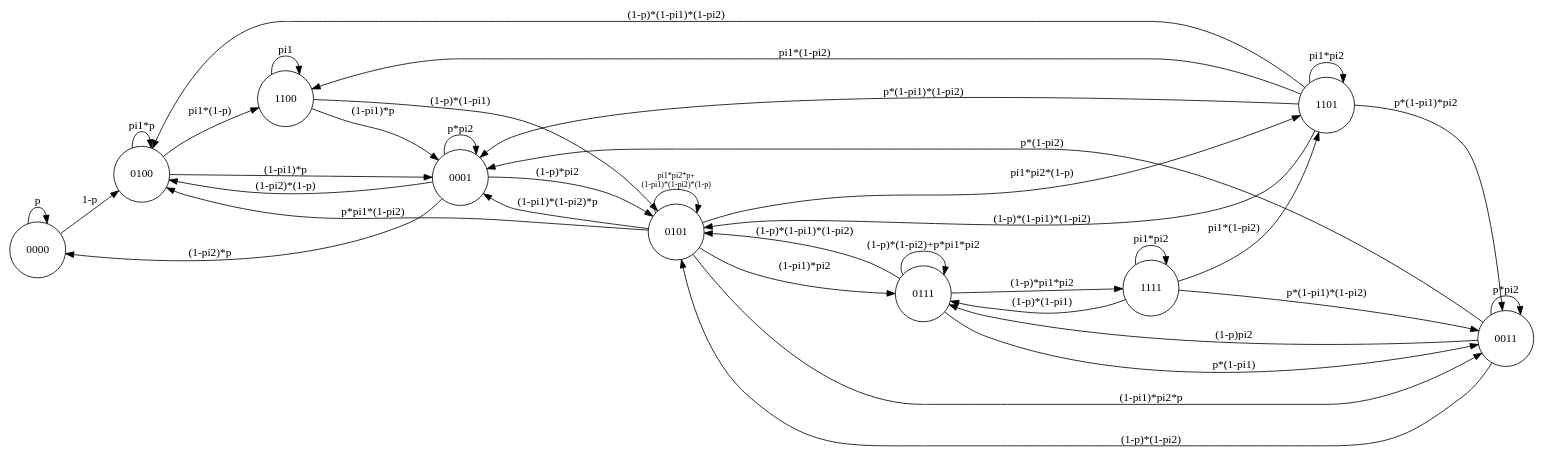
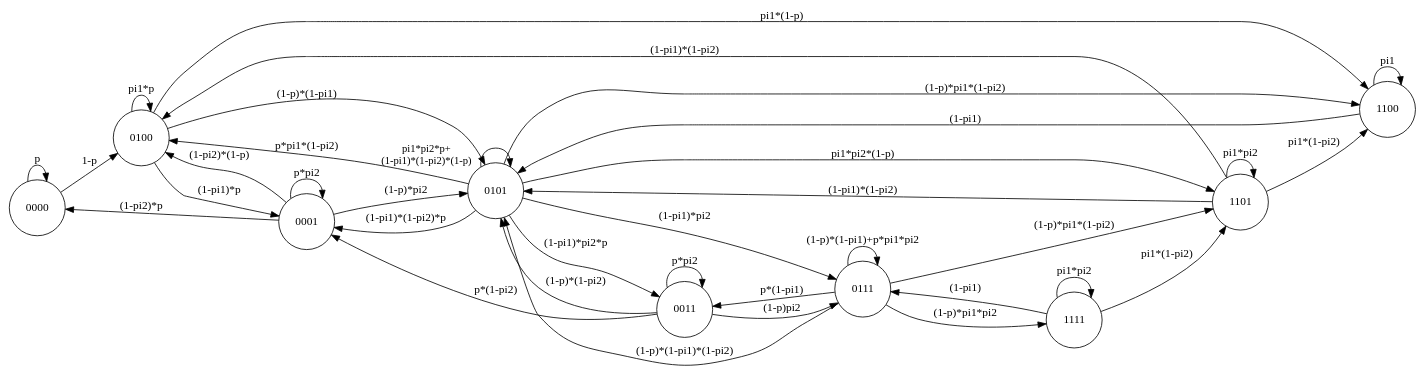
The diagram in doc/states.gv (ishimko/discrete-queuing-system), drawn with Graphviz before and after one commit.

```diff
--- a/doc/states.gv
+++ b/doc/states.gv
@@ -1,49 +1,48 @@
 digraph finite_state_machine {
 	rankdir=LR;
 	node [shape = circle];
-	"0000" -> "0000" [ label = "p" ];
-	"0000" -> "0100" [ label = "1-p" ];
-
-	"0100" -> "0100" [ label = "pi1*p" ];
-	"0100" -> "1100" [ label = "pi1*(1-p)"];
-	"0100" -> "0001" [label = "(1-pi1)*p"];
-
-	"1100" -> "1100" [label = "pi1"];
-	"1100" -> "0101" [label = "(1-p)*(1-pi1)"];
-	"1100" -> "0001" [label = "(1-pi1)*p"];
+	
+	"0000" -> "0000" [label = "p"];
+	"0000" -> "0100" [label = "1-p"];
 
 	"0001" -> "0001" [label = "p*pi2"];
 	"0001" -> "0000" [label = "(1-pi2)*p"];
 	"0001" -> "0101" [label = "(1-p)*pi2"];
 	"0001" -> "0100" [label = "(1-pi2)*(1-p)"];
 
-	"1101" -> "1100" [label = "pi1*(1-pi2)"];
-	"1101" -> "1101" [label = "pi1*pi2"];
-	"1101" -> "0100" [label = "(1-p)*(1-pi1)*(1-pi2)"];
-	"1101" -> "0001" [label = "p*(1-pi1)*(1-pi2)"];
-	"1101" -> "0011" [label = "p*(1-pi1)*pi2"];
-	"1101" -> "0101" [label = "(1-p)*(1-pi1)*(1-pi2)"];
+	"0011" -> "0101" [label = "(1-p)*(1-pi2)"];
+	"0011" -> "0001" [label = "p*(1-pi2)"];
+	"0011" -> "0111" [label = "(1-p)pi2"];
+	"0011" -> "0011" [label = "p*pi2"];
 
-	"0101" -> "0101" [label = "pi1*pi2*p+\n(1-pi1)*(1-pi2)*(1-p)", fontsize=10];
+	"0100" -> "0100" [label = "pi1*p"];
+	"0100" -> "1100" [label = "pi1*(1-p)"];
+	"0100" -> "0001" [label = "(1-pi1)*p"];
+	"0100" -> "0101" [label = "(1-p)*(1-pi1)"];
+
+	"0101" -> "0101" [xlabel = "pi1*pi2*p+\n(1-pi1)*(1-pi2)*(1-p)", fontsize=13];
 	"0101" -> "0100" [label = "p*pi1*(1-pi2)"];
 	"0101" -> "1101" [label = "pi1*pi2*(1-p)"];
 	"0101" -> "0001" [label = "(1-pi1)*(1-pi2)*p"];
 	"0101" -> "0011" [label = "(1-pi1)*pi2*p"];
 	"0101" -> "0111" [label = "(1-pi1)*pi2"];
-	
-	"0011" -> "0101" [label = "(1-p)*(1-pi2)"];
-	"0011" -> "0001" [label = "p*(1-pi2)"];
-	"0011" -> "0111" [label = "(1-p)pi2"];
-	"0011" -> "0011" [label = "p*pi2"];
-	
-	"0111" -> "0111" [label = "(1-p)*(1-pi2)+p*pi1*pi2"];
+	"0101" -> "1100" [label = "(1-p)*pi1*(1-pi2)"];
+
+	"0111" -> "0111" [label = "(1-p)*(1-pi1)+p*pi1*pi2"];
 	"0111" -> "0101" [label = "(1-p)*(1-pi1)*(1-pi2)"];
 	"0111" -> "0011" [label = "p*(1-pi1)"];
 	"0111" -> "1111" [label = "(1-p)*pi1*pi2"];
+	"0111" -> "1101" [label = "(1-p)*pi1*(1-pi2)"];
+
+	"1100" -> "1100" [label = "pi1"];
+	"1100" -> "0101" [label = "(1-pi1)"];
+
+	"1101" -> "1100" [label = "pi1*(1-pi2)"];
+	"1101" -> "1101" [label = "pi1*pi2"];
+	"1101" -> "0100" [label = "(1-pi1)*(1-pi2)"];	
+	"1101" -> "0101" [label = "(1-pi1)*(1-pi2)"];
 	
 	"1111" -> "1111" [label = "pi1*pi2"];
 	"1111" -> "1101" [label = "pi1*(1-pi2)"];
-	"1111" -> "0011" [label = "p*(1-pi1)*(1-pi2)"];
-	"1111" -> "0111" [label = "(1-p)*(1-pi1)"];
-	
+	"1111" -> "0111" [label = "(1-pi1)"];
 }
```
